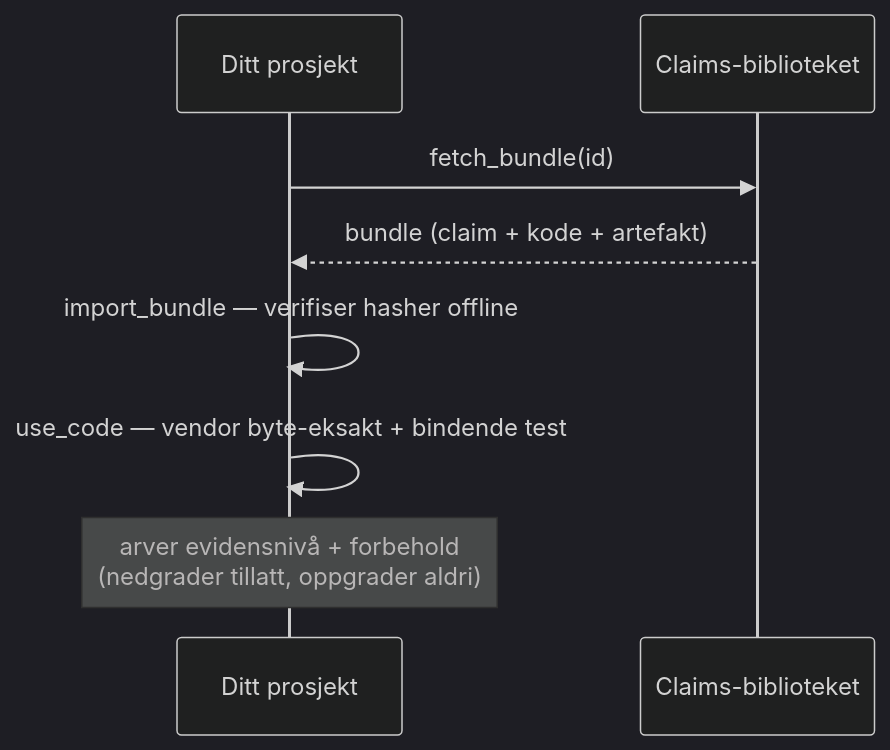
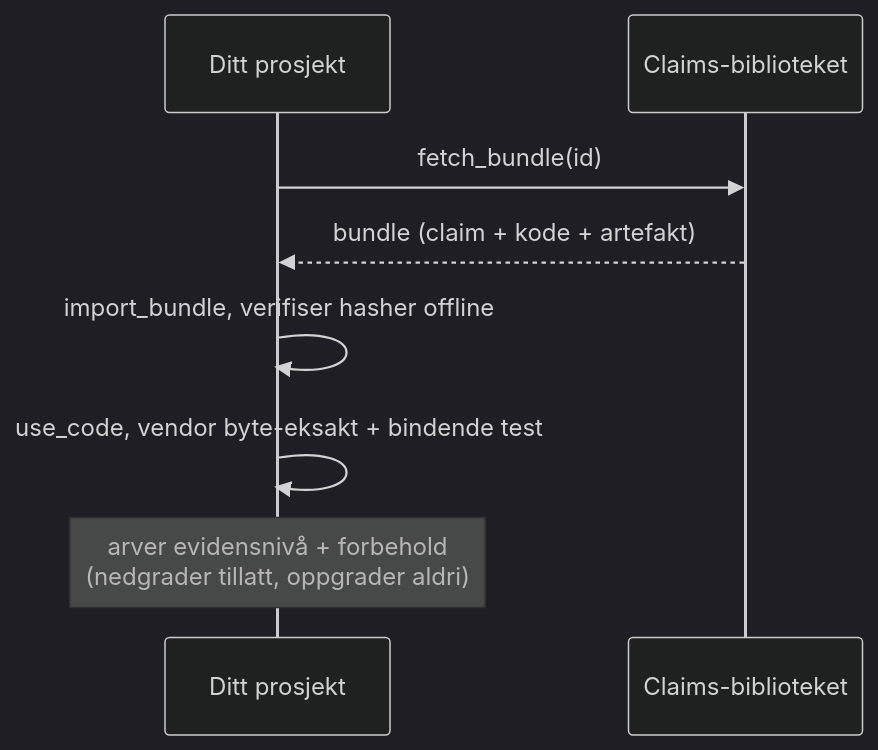
Diagram 14 of 20 in docs/governance/frontier-ai-governance-master_NO_nb.md (darklordVirtual/vericlaim), drawn with Mermaid (dark theme) before and after one commit. The commit also changed other lines of this file and 4 other files, not shown here.

````diff
--- a/docs/governance/frontier-ai-governance-master_NO_nb.md
+++ b/docs/governance/frontier-ai-governance-master_NO_nb.md
@@ -918,10 +918,10 @@
 ```mermaid
 sequenceDiagram
     participant P as Ditt prosjekt
     participant L as Claims-biblioteket
     P->>L: fetch_bundle(id)
     L-->>P: bundle (claim + kode + artefakt)
-    P->>P: import_bundle — verifiser hasher offline
-    P->>P: use_code — vendor byte-eksakt + bindende test
+    P->>P: import_bundle, verifiser hasher offline
+    P->>P: use_code, vendor byte-eksakt + bindende test
     Note over P: arver evidensnivå + forbehold<br/>(nedgrader tillatt, oppgrader aldri)
 ```
````
